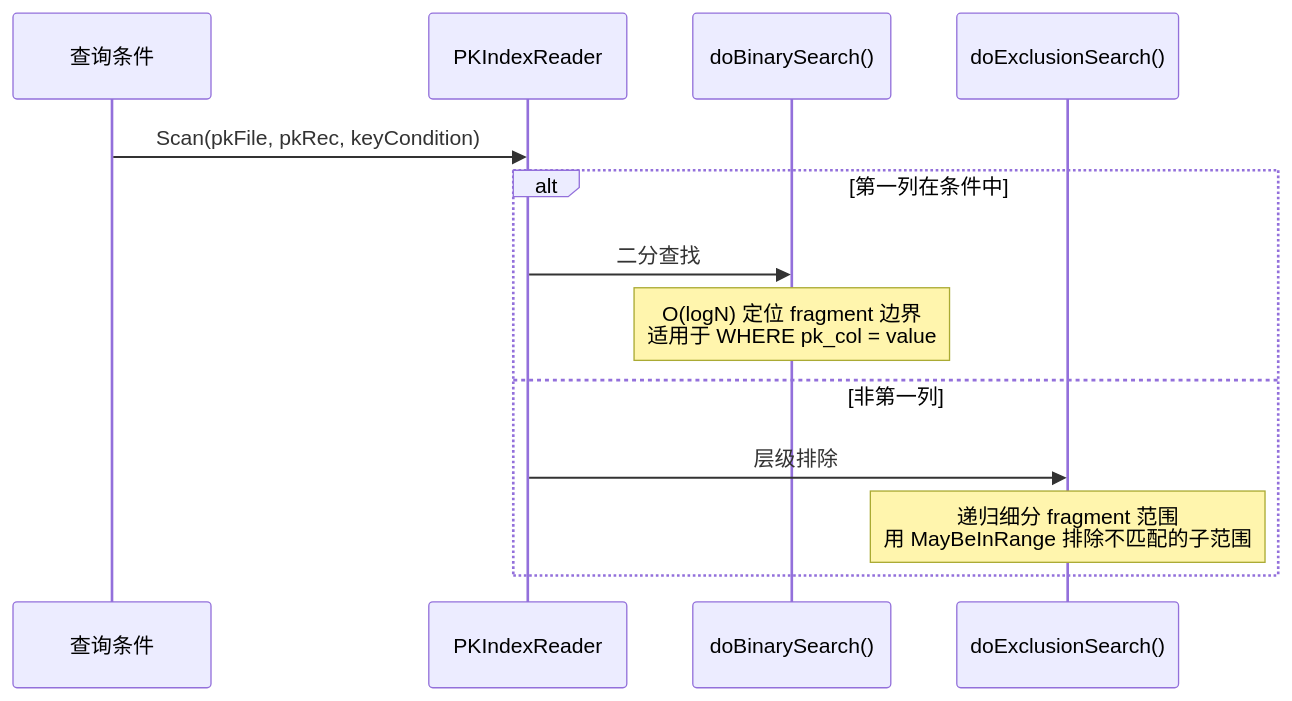
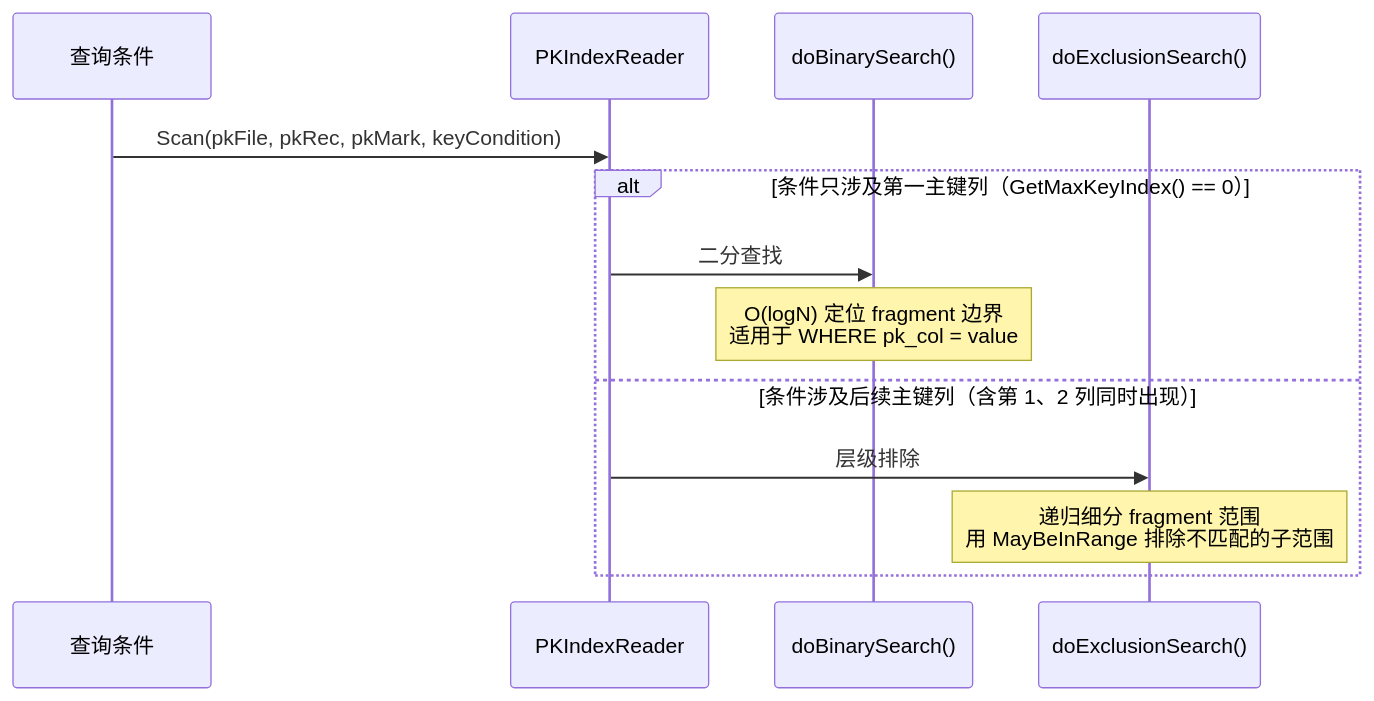
The fifth of 7 diagrams in docs/specs/17_shardkey_sparse_index_spec.md (stefanv5/openGemini), drawn with Mermaid before and after one commit. The commit also changed other lines of this file and 37 other files, not shown here.

````diff
--- a/docs/specs/17_shardkey_sparse_index_spec.md
+++ b/docs/specs/17_shardkey_sparse_index_spec.md
@@ -197,17 +233,17 @@
 ```mermaid
 sequenceDiagram
     participant Query as 查询条件
     participant PK as PKIndexReader
     participant Binary as doBinarySearch()
     participant Exclusion as doExclusionSearch()
 
-    Query->>PK: Scan(pkFile, pkRec, keyCondition)
+    Query->>PK: Scan(pkFile, pkRec, pkMark, keyCondition)
 
-    alt 第一列在条件中
+    alt 条件只涉及第一主键列（GetMaxKeyIndex() == 0）
         PK->>Binary: 二分查找
         Note over Binary: O(logN) 定位 fragment 边界<br/>适用于 WHERE pk_col = value
-    else 非第一列
+    else 条件涉及后续主键列（含第 1、2 列同时出现）
         PK->>Exclusion: 层级排除
         Note over Exclusion: 递归细分 fragment 范围<br/>用 MayBeInRange 排除不匹配的子范围
     end
 ```
````
